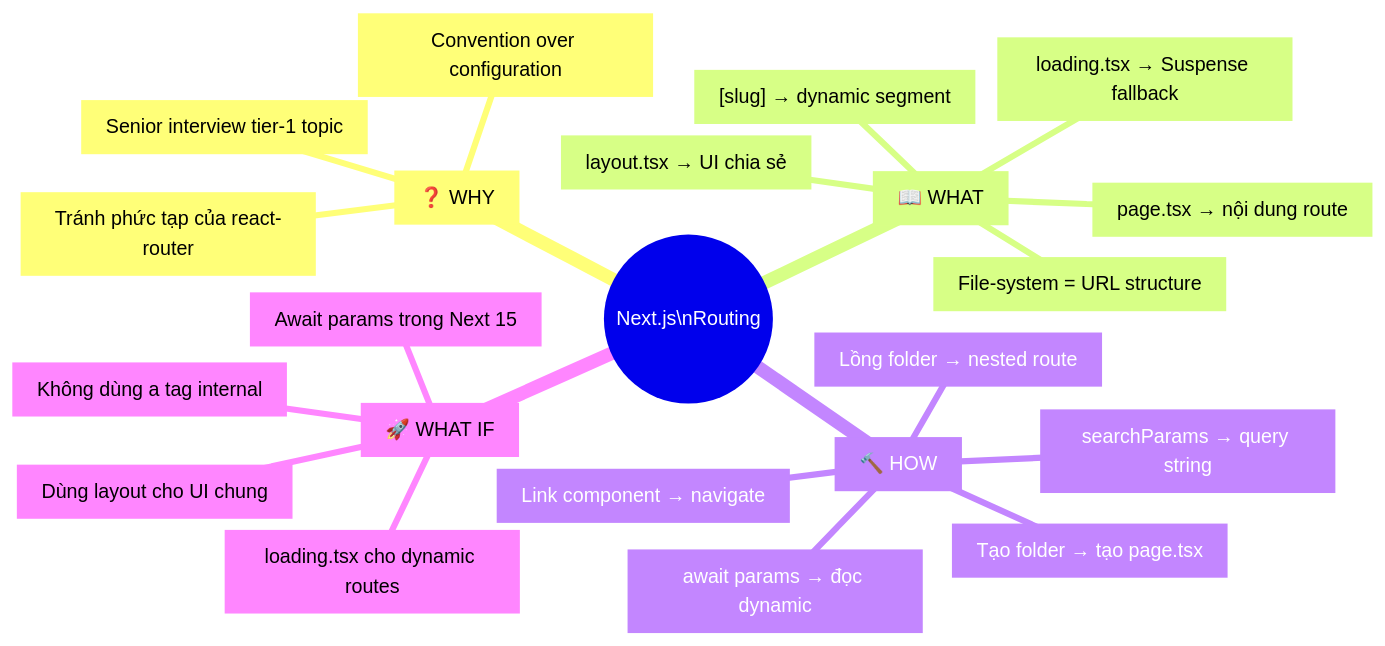
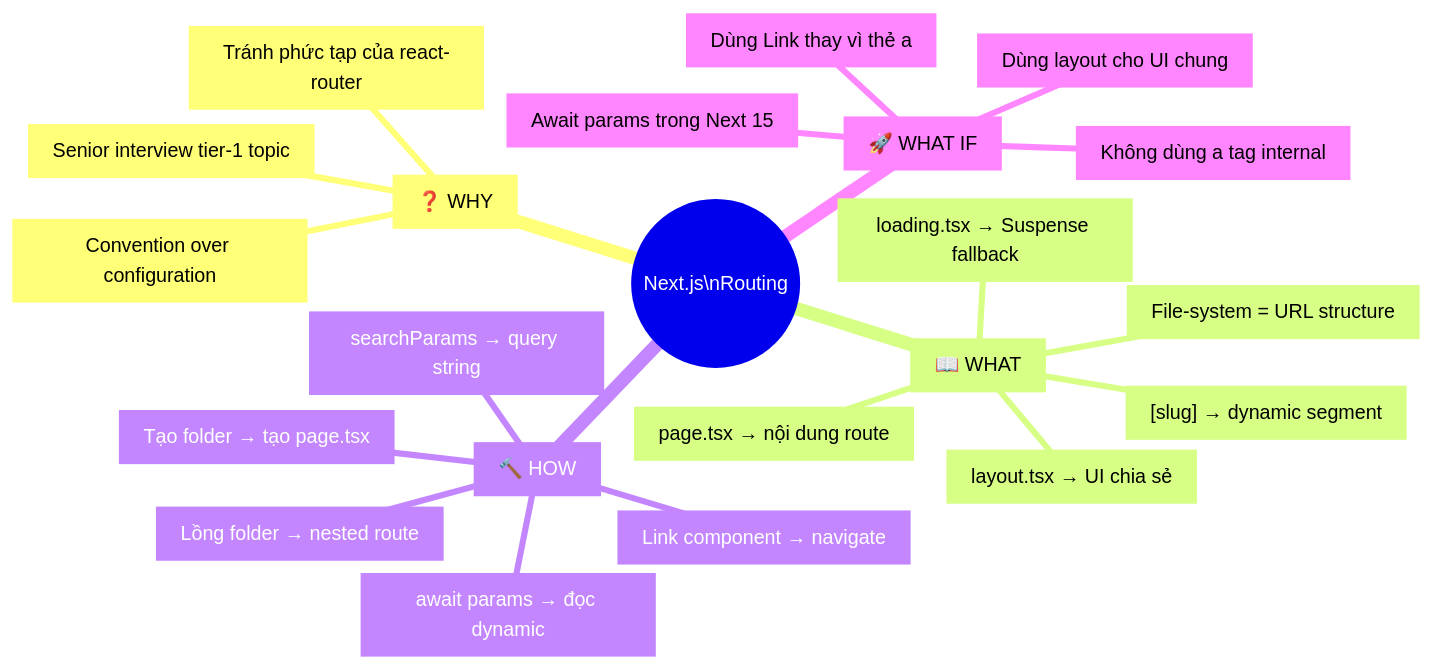
Before and after one commit to vuanhtu1993/vuanhtu1993.github.io: the second of 2 diagrams in docs/nextjs/04-routing.md, drawn with Mermaid. The commit also changed other lines of this file and 1 other file, not shown here.

````diff
--- a/docs/nextjs/04-routing.md
+++ b/docs/nextjs/04-routing.md
@@ -367,25 +352,25 @@
 ```mermaid
 mindmap
   root((Next.js\nRouting))
     WHY["❓ WHY"]
       prob["Tránh phức tạp của react-router"]
       benefit["Convention over configuration"]
       career["Senior interview tier-1 topic"]
     WHAT["📖 WHAT"]
       filesys["File-system = URL structure"]
       page["page.tsx → nội dung route"]
       layout["layout.tsx → UI chia sẻ"]
       dynamic["[slug] → dynamic segment"]
       loading["loading.tsx → Suspense fallback"]
     HOW["🔨 HOW"]
       create["Tạo folder → tạo page.tsx"]
       nest["Lồng folder → nested route"]
       params["await params → đọc dynamic"]
       search["searchParams → query string"]
       link["Link component → navigate"]
     WHATIF["🚀 WHAT IF"]
       when["Dùng layout cho UI chung"]
       notwhen["Không dùng a tag internal"]
       pitfall["Await params trong Next 15"]
-      prefetch["loading.tsx cho dynamic routes"]
+      linkvsatag["Dùng Link thay vì thẻ a"]
 ```
````
